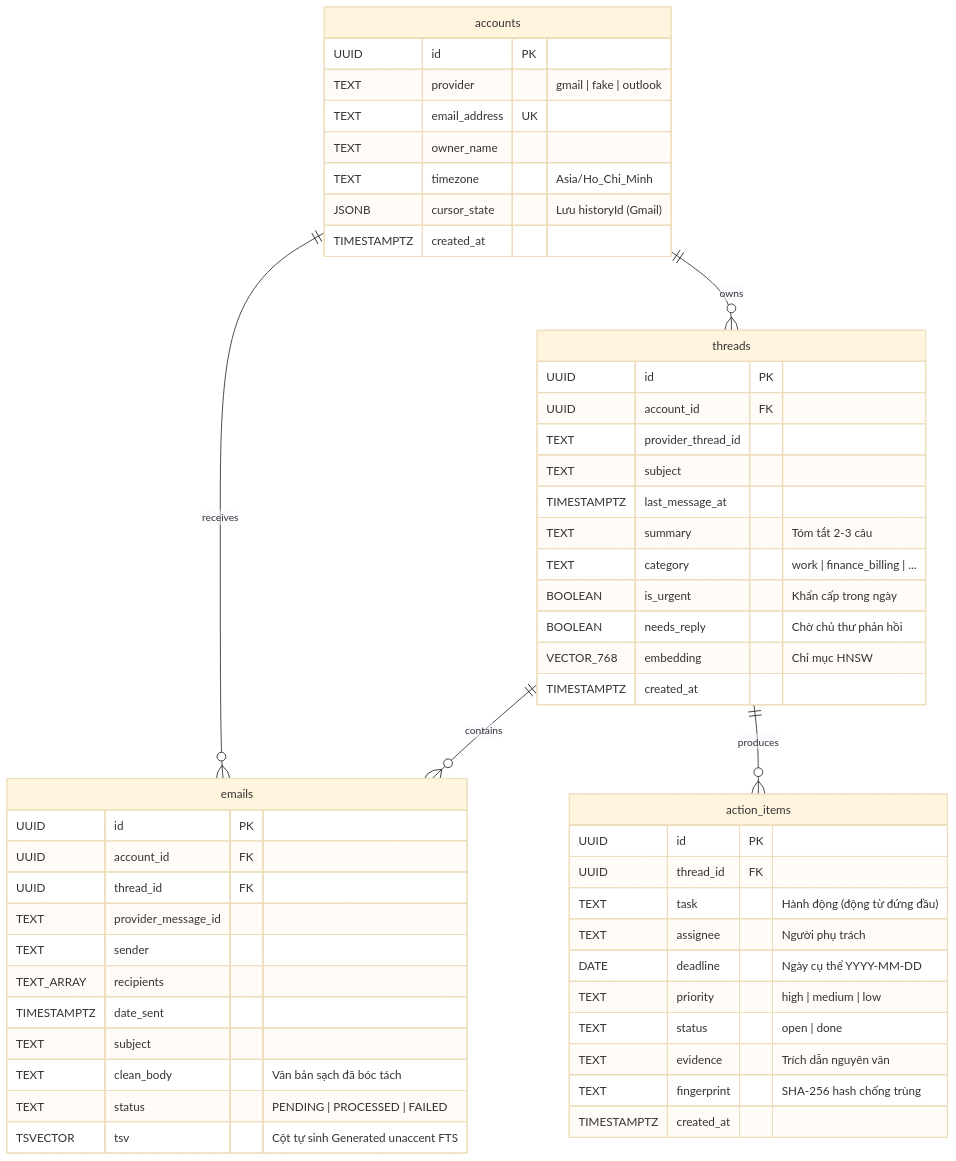
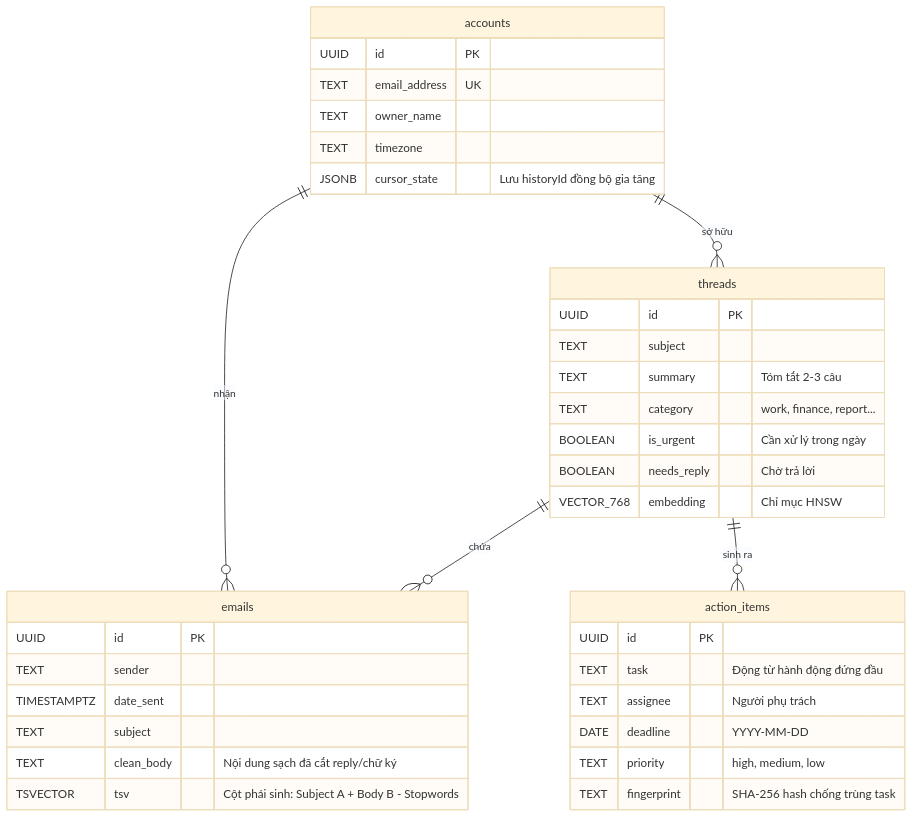
The diagram in README.md (fhpthh/email-agent-nlp), drawn with Mermaid (base theme) before and after one commit. The commit also changed other lines of this file and 1 other file, not shown here.

````diff
--- a/README.md
+++ b/README.md
@@ -140,58 +109,43 @@
 ```mermaid
 erDiagram
-    accounts ||--o{ threads: "owns"
-    accounts ||--o{ emails: "receives"
-    threads ||--o{ emails: "contains"
-    threads ||--o{ action_items: "produces"
+    accounts ||--o{ threads: "sở hữu"
+    accounts ||--o{ emails: "nhận"
+    threads ||--o{ emails: "chứa"
+    threads ||--o{ action_items: "sinh ra"
 
     accounts {
         UUID id PK
-        TEXT provider "gmail | fake | outlook"
         TEXT email_address UK
         TEXT owner_name
-        TEXT timezone "Asia/Ho_Chi_Minh"
-        JSONB cursor_state "Lưu historyId (Gmail)"
-        TIMESTAMPTZ created_at
+        TEXT timezone
+        JSONB cursor_state "Lưu historyId đồng bộ gia tăng"
     }
 
     threads {
         UUID id PK
-        UUID account_id FK
-        TEXT provider_thread_id
         TEXT subject
-        TIMESTAMPTZ last_message_at
         TEXT summary "Tóm tắt 2-3 câu"
-        TEXT category "work | finance_billing | ..."
-        BOOLEAN is_urgent "Khẩn cấp trong ngày"
-        BOOLEAN needs_reply "Chờ chủ thư phản hồi"
+        TEXT category "work, finance, report..."
+        BOOLEAN is_urgent "Cần xử lý trong ngày"
+        BOOLEAN needs_reply "Chờ trả lời"
         VECTOR_768 embedding "Chỉ mục HNSW"
-        TIMESTAMPTZ created_at
     }
 
     emails {
         UUID id PK
-        UUID account_id FK
-        UUID thread_id FK
-        TEXT provider_message_id
         TEXT sender
-        TEXT_ARRAY recipients
         TIMESTAMPTZ date_sent
         TEXT subject
-        TEXT clean_body "Văn bản sạch đã bóc tách"
-        TEXT status "PENDING | PROCESSED | FAILED"
-        TSVECTOR tsv "Cột tự sinh Generated unaccent FTS"
+        TEXT clean_body "Nội dung sạch đã cắt reply/chữ ký"
+        TSVECTOR tsv "Cột phái sinh: Subject A + Body B - Stopwords"
     }
 
     action_items {
         UUID id PK
-        UUID thread_id FK
-        TEXT task "Hành động (động từ đứng đầu)"
+        TEXT task "Động từ hành động đứng đầu"
         TEXT assignee "Người phụ trách"
-        DATE deadline "Ngày cụ thể YYYY-MM-DD"
-        TEXT priority "high | medium | low"
-        TEXT status "open | done"
-        TEXT evidence "Trích dẫn nguyên văn"
-        TEXT fingerprint "SHA-256 hash chống trùng"
-        TIMESTAMPTZ created_at
+        DATE deadline "YYYY-MM-DD"
+        TEXT priority "high, medium, low"
+        TEXT fingerprint "SHA-256 hash chống trùng task"
     }
 ```
````
